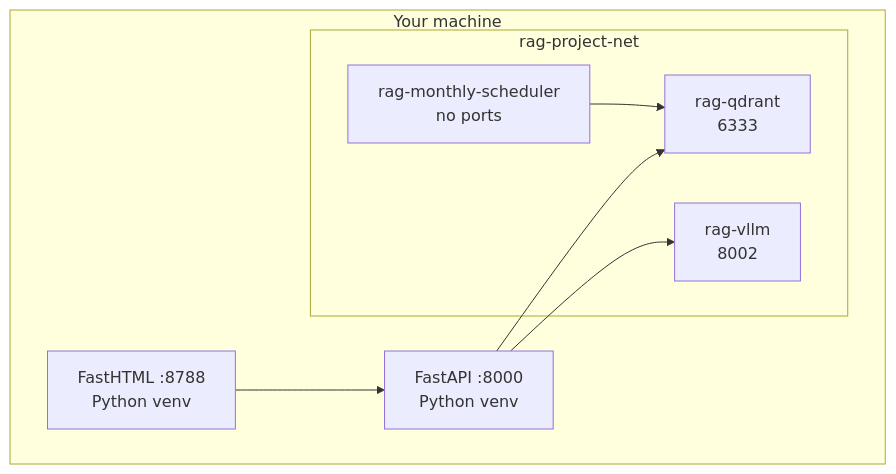
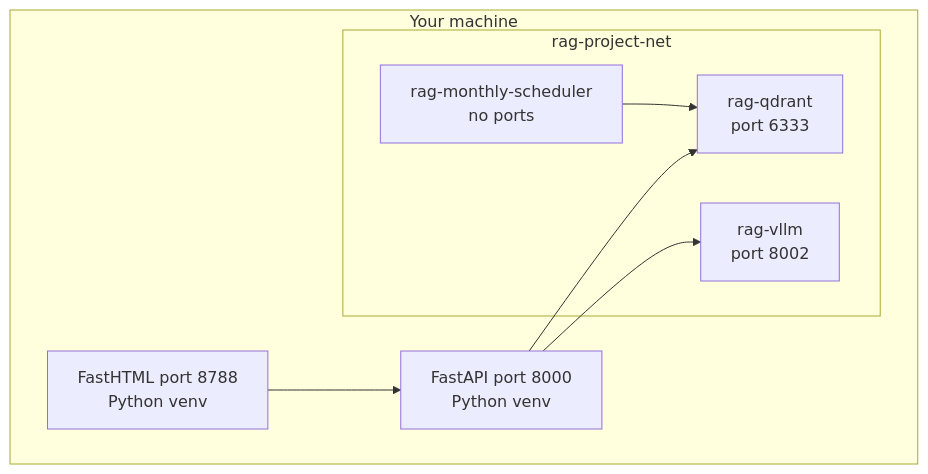
One commit to seCRet-blip/RAG-project changed the fourth of 4 diagrams in README.md. Above: the diagram before and after it, drawn with Mermaid. The commit also changed other lines of this file, not shown here.

````diff
--- a/README.md
+++ b/README.md
@@ -139,18 +139,18 @@
 ```mermaid
 flowchart TB
-    subgraph Host["Your machine"]
-        subgraph RAGNet["rag-project-net"]
-            QD[rag-qdrant<br/>6333]
-            VLLM[rag-vllm<br/>8002]
-            SCHED[rag-monthly-scheduler<br/>no ports]
+    subgraph hostArea ["Your machine"]
+        subgraph ragNet ["rag-project-net"]
+            QD["rag-qdrant<br/>port 6333"]
+            VLLM["rag-vllm<br/>port 8002"]
+            SCHED["rag-monthly-scheduler<br/>no ports"]
         end
 
-        API[FastAPI :8000<br/>Python venv]
-        UI[FastHTML :8788<br/>Python venv]
+        API["FastAPI port 8000<br/>Python venv"]
+        UI["FastHTML port 8788<br/>Python venv"]
     end
 
     UI --> API
     API --> QD
     API --> VLLM
     SCHED --> QD
 ```
````
